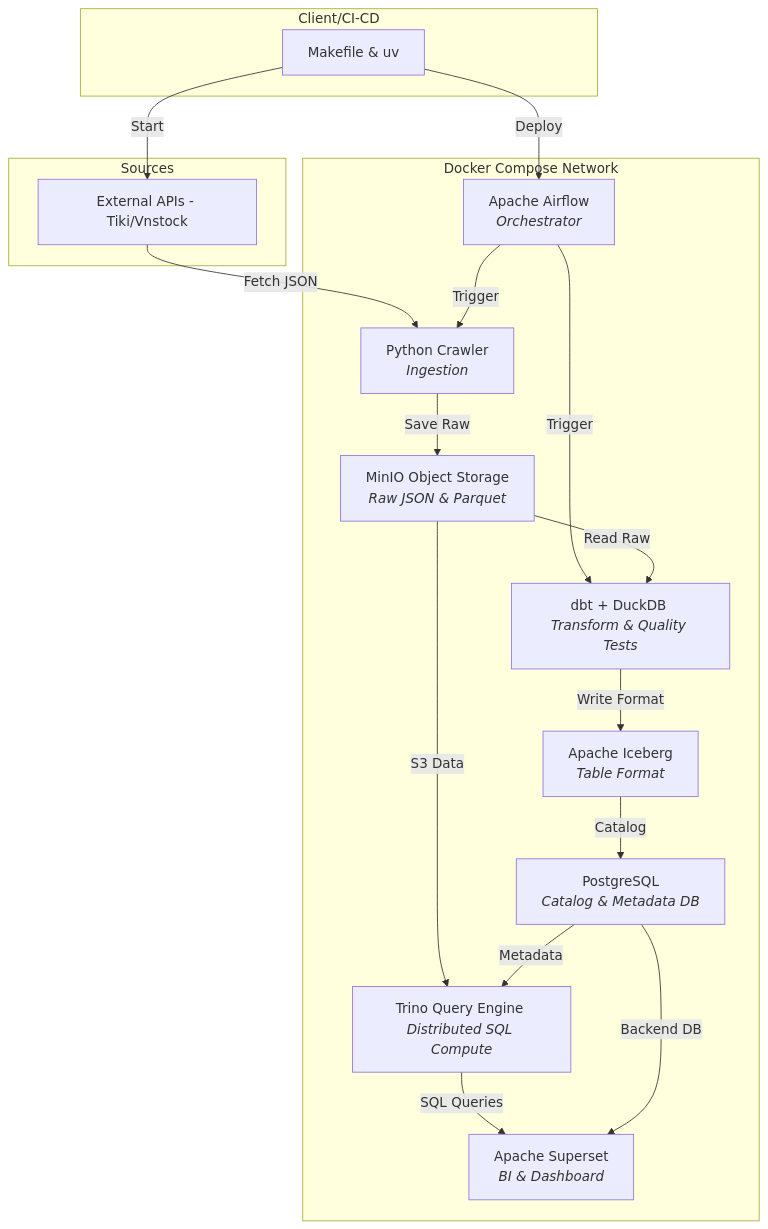
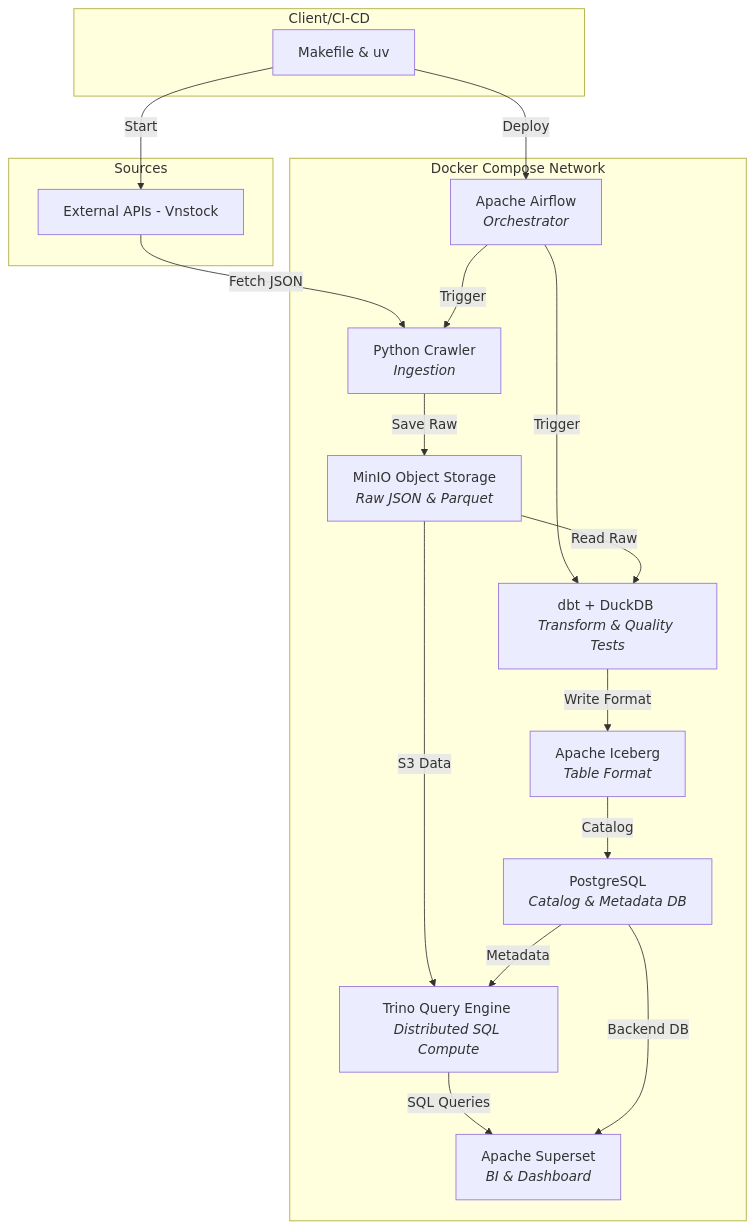
The diagram in docs/07-modern-data-stack-architecture.md (Nahtuna/Finvista), drawn with Mermaid before and after one commit. The commit also changed other lines of this file, not shown here.

Commit message:
Cập nhật tài liệu modern data stack architecture

````diff
--- a/docs/07-modern-data-stack-architecture.md
+++ b/docs/07-modern-data-stack-architecture.md
@@ -11,35 +11,35 @@
 ```mermaid
 graph TD
     subgraph Client/CI-CD
         MK[Makefile & uv]
     end
 
     subgraph Sources
-        API[External APIs - Tiki/Vnstock]
+        API[External APIs - Vnstock]
     end
 
     subgraph Docker Compose Network
         AF[Apache Airflow <br><i>Orchestrator</i>]
         PC[Python Crawler <br><i>Ingestion</i>]
         MIN[MinIO Object Storage <br><i>Raw JSON & Parquet</i>]
         DBT[dbt + DuckDB <br><i>Transform & Quality Tests</i>]
         ICE[Apache Iceberg <br><i>Table Format</i>]
         PG[PostgreSQL <br><i>Catalog & Metadata DB</i>]
         TR[Trino Query Engine <br><i>Distributed SQL Compute</i>]
         SUP[Apache Superset <br><i>BI & Dashboard</i>]
     end
 
     MK -- Deploy --> AF
     MK -- Start --> API
     API -- Fetch JSON --> PC
     AF -- Trigger --> PC
     PC -- Save Raw --> MIN
     AF -- Trigger --> DBT
     MIN -- Read Raw --> DBT
     DBT -- Write Format --> ICE
     ICE -- Catalog --> PG
     MIN -- S3 Data --> TR
     PG -- Metadata --> TR
     TR -- SQL Queries --> SUP
     PG -- Backend DB --> SUP
 ```
````
